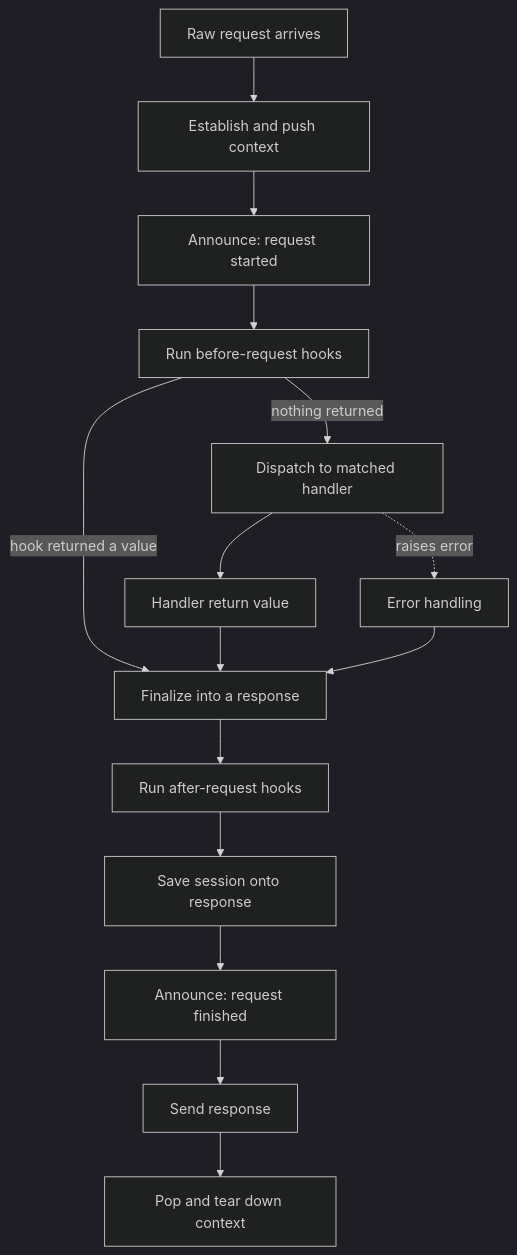
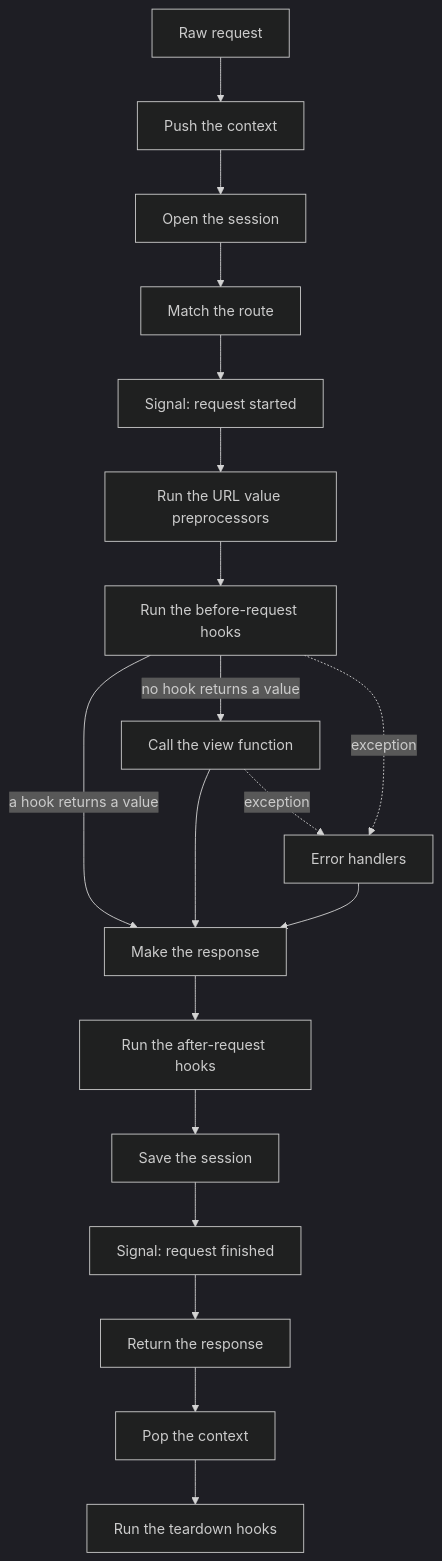
The second of 3 diagrams in docs/examples/flask/.cluedoc/application-and-request-lifecycle/README.md (KeunwooPark/cluedoc), drawn with Mermaid (dark theme) before and after one commit. The commit also changed other lines of this file and 22 other files, not shown here.

````diff
--- a/docs/examples/flask/.cluedoc/application-and-request-lifecycle/README.md
+++ b/docs/examples/flask/.cluedoc/application-and-request-lifecycle/README.md
@@ -55,18 +57,22 @@
 ```mermaid
 flowchart TD
-    START[Raw request arrives] --> PUSH[Establish and push context]
-    PUSH --> SIG1[Announce: request started]
-    SIG1 --> PRE[Run before-request hooks]
-    PRE -->|hook returned a value| FIN
-    PRE -->|nothing returned| DISP[Dispatch to matched handler]
-    DISP --> RV[Handler return value]
-    RV --> FIN[Finalize into a response]
-    FIN --> POST[Run after-request hooks]
-    POST --> SAVE[Save session onto response]
-    SAVE --> SIG2[Announce: request finished]
-    SIG2 --> SEND[Send response]
-    SEND --> POP[Pop and tear down context]
+    START["Raw request"] --> PUSH["Push the context"]
+    PUSH --> OPEN["Open the session"]
+    OPEN --> MATCH["Match the route"]
+    MATCH --> SIG1["Signal: request started"]
+    SIG1 --> URLP["Run the URL value preprocessors"]
+    URLP --> PRE["Run the before-request hooks"]
+    PRE -->|"a hook returns a value"| FIN
+    PRE -->|"no hook returns a value"| DISP["Call the view function"]
+    DISP --> FIN["Make the response"]
+    FIN --> POST["Run the after-request hooks"]
+    POST --> SAVE["Save the session"]
+    SAVE --> SIG2["Signal: request finished"]
+    SIG2 --> SEND["Return the response"]
+    SEND --> POP["Pop the context"]
+    POP --> TD["Run the teardown hooks"]
 
-    DISP -.raises error.-> ERR[Error handling]
+    PRE -.->|"exception"| ERR["Error handlers"]
+    DISP -.->|"exception"| ERR
     ERR --> FIN
 ```
````
